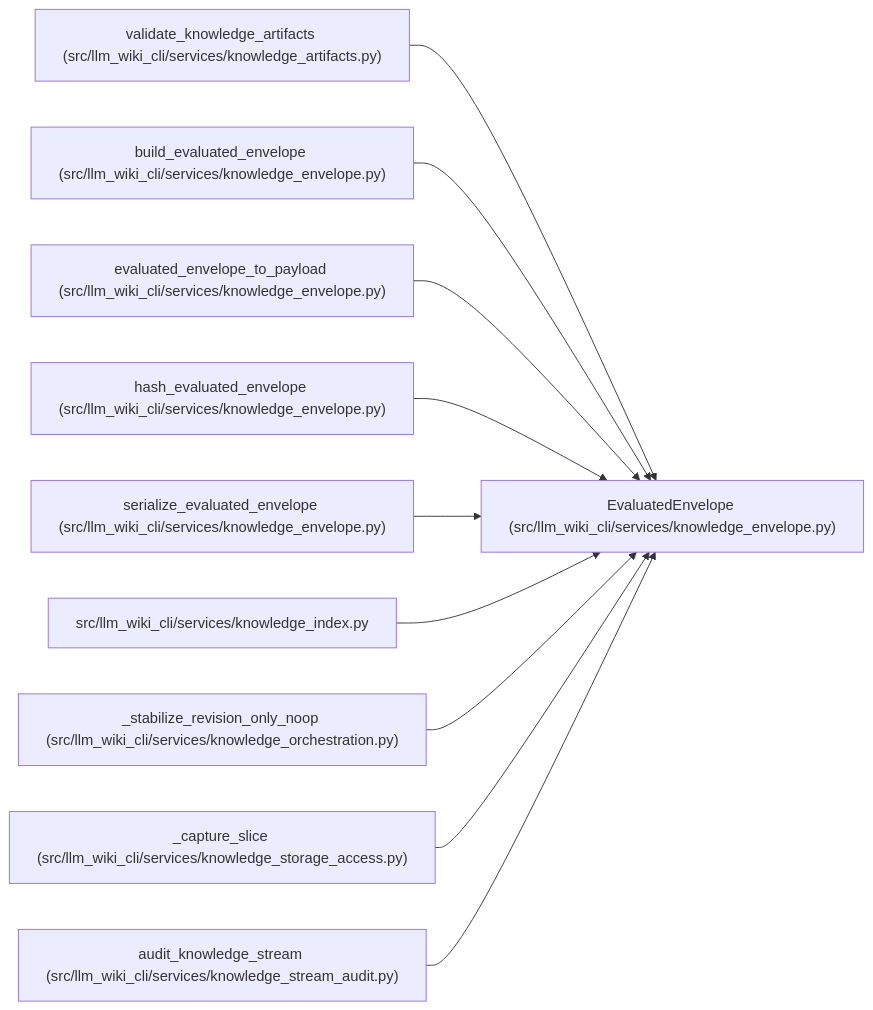
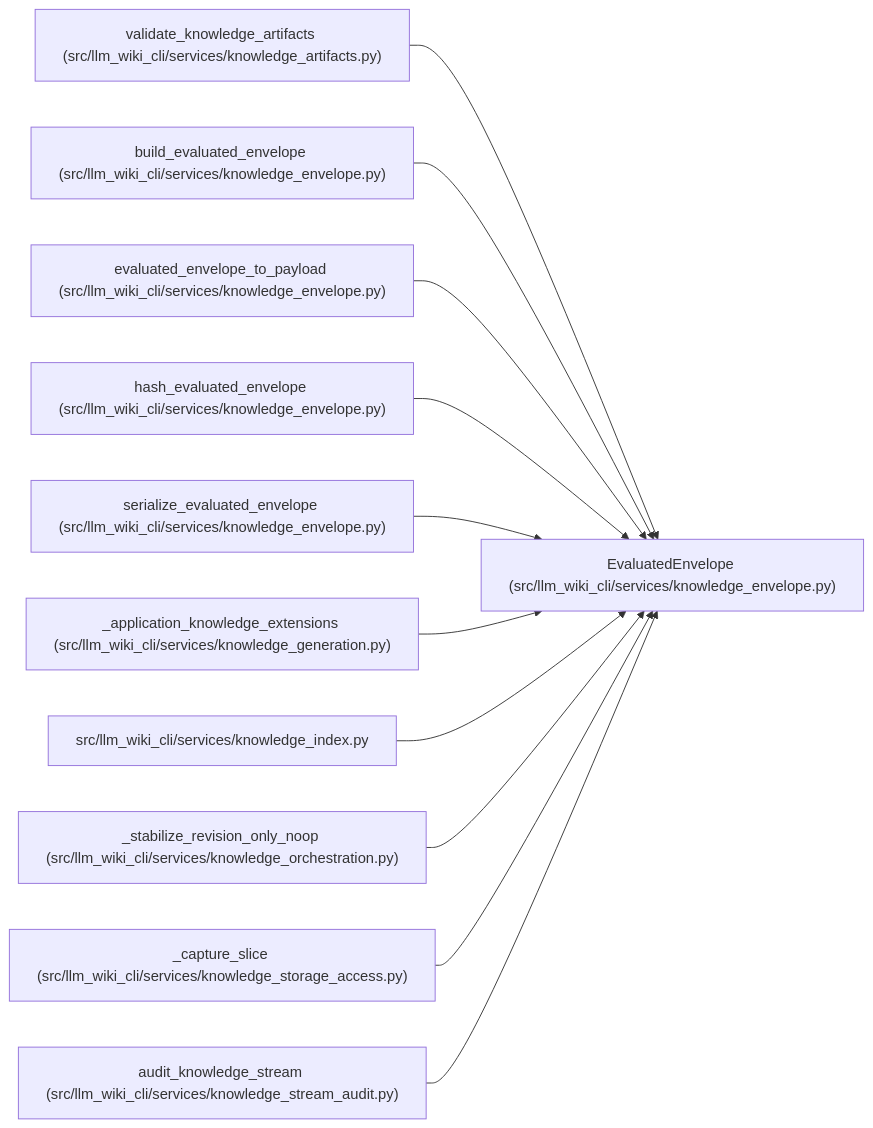
The diagram in docs/llm_wiki/entities/EvaluatedEnvelope.md (Denissvgn/python-wiki-llm), drawn with Mermaid before and after one commit. The commit also changed other lines of this file and 462 other files, not shown here.

````diff
--- a/docs/llm_wiki/entities/EvaluatedEnvelope.md
+++ b/docs/llm_wiki/entities/EvaluatedEnvelope.md
@@ -33,32 +33,35 @@
 ```mermaid
 flowchart LR
     n0["EvaluatedEnvelope (src/llm_wiki_cli/services/knowledge_envelope.py)"]
     n1["validate_knowledge_artifacts (src/llm_wiki_cli/services/knowledge_artifacts.py)"]
     n2["build_evaluated_envelope (src/llm_wiki_cli/services/knowledge_envelope.py)"]
     n3["evaluated_envelope_to_payload (src/llm_wiki_cli/services/knowledge_envelope.py)"]
     n4["hash_evaluated_envelope (src/llm_wiki_cli/services/knowledge_envelope.py)"]
     n5["serialize_evaluated_envelope (src/llm_wiki_cli/services/knowledge_envelope.py)"]
-    n6["src/llm_wiki_cli/services/knowledge_index.py"]
-    n7["_stabilize_revision_only_noop (src/llm_wiki_cli/services/knowledge_orchestration.py)"]
-    n8["_capture_slice (src/llm_wiki_cli/services/knowledge_storage_access.py)"]
-    n9["audit_knowledge_stream (src/llm_wiki_cli/services/knowledge_stream_audit.py)"]
+    n6["_application_knowledge_extensions (src/llm_wiki_cli/services/knowledge_generation.py)"]
+    n7["src/llm_wiki_cli/services/knowledge_index.py"]
+    n8["_stabilize_revision_only_noop (src/llm_wiki_cli/services/knowledge_orchestration.py)"]
+    n9["_capture_slice (src/llm_wiki_cli/services/knowledge_storage_access.py)"]
+    n10["audit_knowledge_stream (src/llm_wiki_cli/services/knowledge_stream_audit.py)"]
     n1 --> n0
     n2 --> n0
     n3 --> n0
     n4 --> n0
     n5 --> n0
     n6 --> n0
     n7 --> n0
     n8 --> n0
     n9 --> n0
+    n10 --> n0
     click n0 "../modules/knowledge_envelope.md"
     click n1 "../modules/knowledge_artifacts.md"
     click n2 "../modules/knowledge_envelope.md"
     click n3 "../modules/knowledge_envelope.md"
     click n4 "../modules/knowledge_envelope.md"
     click n5 "../modules/knowledge_envelope.md"
-    click n6 "../modules/knowledge_index.md"
-    click n7 "../modules/knowledge_orchestration.md"
-    click n8 "../modules/knowledge_storage_access.md"
-    click n9 "../modules/knowledge_stream_audit.md"
+    click n6 "../modules/knowledge_generation.md"
+    click n7 "../modules/knowledge_index.md"
+    click n8 "../modules/knowledge_orchestration.md"
+    click n9 "../modules/knowledge_storage_access.md"
+    click n10 "../modules/knowledge_stream_audit.md"
 ```
````
